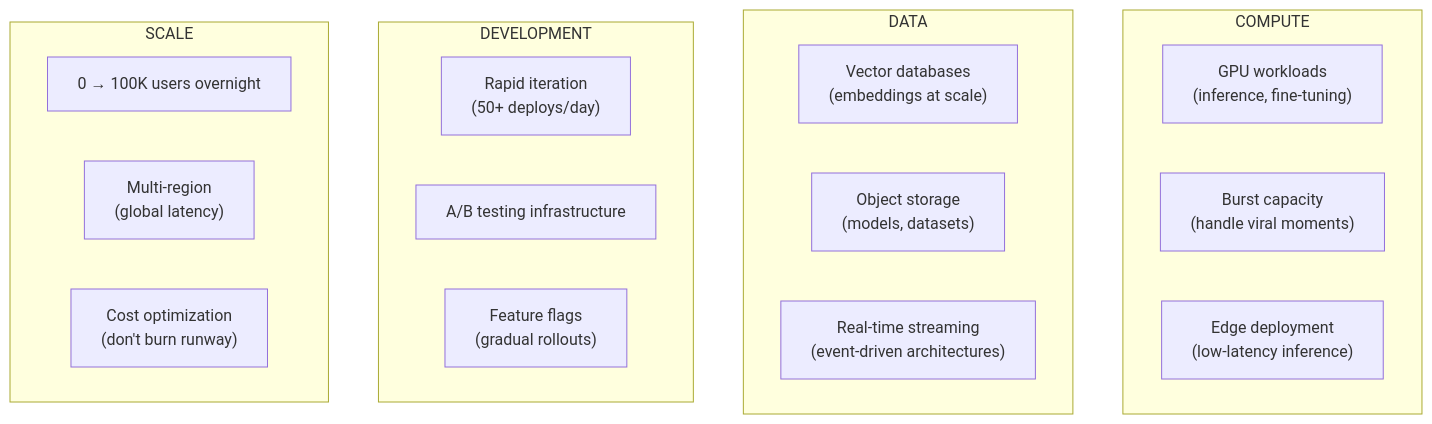
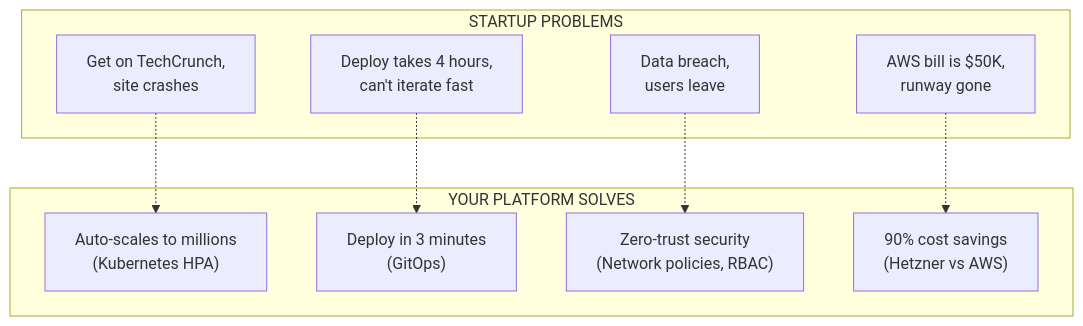
The third of 7 diagrams in DevOps/01-Product/01-Vision.md (PearlThoughtsInternship/Internship-Obsidian-Vault), drawn with Mermaid before and after one commit. The commit also changed other lines of this file, not shown here.

````diff
--- a/DevOps/01-Product/01-Vision.md
+++ b/DevOps/01-Product/01-Vision.md
@@ -84,26 +107,21 @@
 ```mermaid
 flowchart TB
-    subgraph Compute["COMPUTE"]
-        C1["GPU workloads<br/>(inference, fine-tuning)"]
-        C2["Burst capacity<br/>(handle viral moments)"]
-        C3["Edge deployment<br/>(low-latency inference)"]
+    subgraph Startup["STARTUP PROBLEMS"]
+        P1["Get on TechCrunch,<br/>site crashes"]
+        P2["Deploy takes 4 hours,<br/>can't iterate fast"]
+        P3["Data breach,<br/>users leave"]
+        P4["AWS bill is $50K,<br/>runway gone"]
     end
 
-    subgraph Data["DATA"]
-        D1["Vector databases<br/>(embeddings at scale)"]
-        D2["Object storage<br/>(models, datasets)"]
-        D3["Real-time streaming<br/>(event-driven architectures)"]
+    subgraph Platform["YOUR PLATFORM SOLVES"]
+        S1["Auto-scales to millions<br/>(Kubernetes HPA)"]
+        S2["Deploy in 3 minutes<br/>(GitOps)"]
+        S3["Zero-trust security<br/>(Network policies, RBAC)"]
+        S4["90% cost savings<br/>(Hetzner vs AWS)"]
     end
 
-    subgraph Development["DEVELOPMENT"]
-        E1["Rapid iteration<br/>(50+ deploys/day)"]
-        E2["A/B testing infrastructure"]
-        E3["Feature flags<br/>(gradual rollouts)"]
-    end
-
-    subgraph Scale["SCALE"]
-        S1["0 → 100K users overnight"]
-        S2["Multi-region<br/>(global latency)"]
-        S3["Cost optimization<br/>(don't burn runway)"]
-    end
+    P1 -.-> S1
+    P2 -.-> S2
+    P3 -.-> S3
+    P4 -.-> S4
 ```
````
